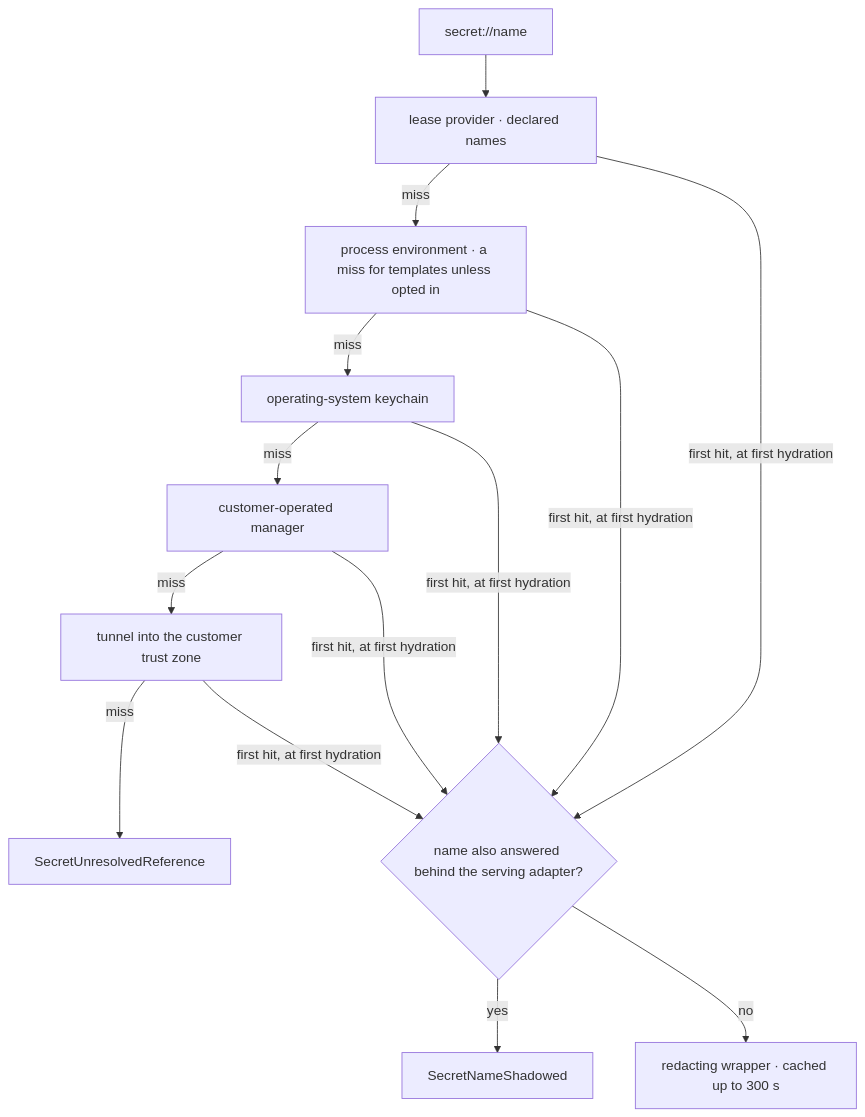
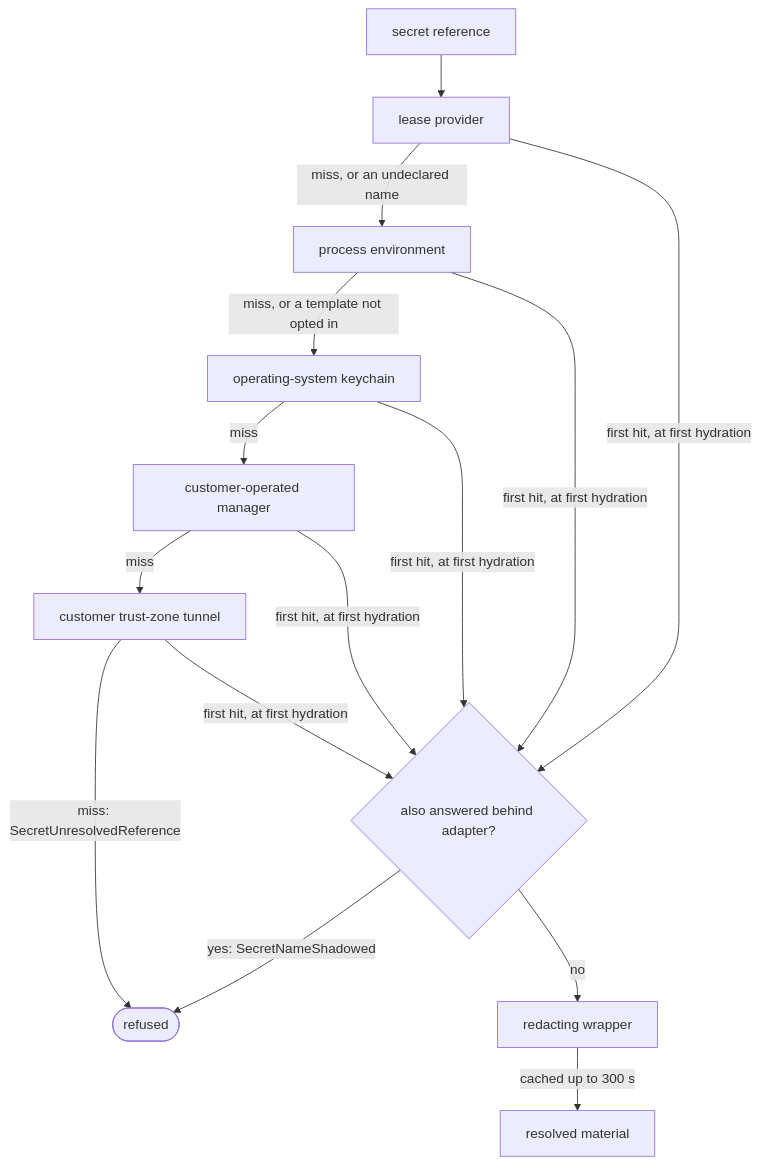
Before and after one commit to fractalboxdev/contextful: the second of 3 diagrams in spec/41-secrets.md, drawn with Mermaid. The commit also changed other lines of this file and 24 other files, not shown here.

First line of the commit message:
spec: every flowchart draws one entity or process per node

````diff
--- a/spec/41-secrets.md
+++ b/spec/41-secrets.md
@@ -103,12 +103,13 @@
 ```mermaid
 flowchart TD
-  REF["secret://name"] --> L["lease provider · declared names"]
-  L -->|miss| E["process environment · a miss for templates unless opted in"]
-  E -->|miss| K["operating-system keychain"]
+  REF["secret reference"] --> L["lease provider"]
+  L -->|"miss, or an undeclared name"| E["process environment"]
+  E -->|"miss, or a template not opted in"| K["operating-system keychain"]
   K -->|miss| M["customer-operated manager"]
-  M -->|miss| T["tunnel into the customer trust zone"]
-  T -->|miss| U["SecretUnresolvedReference"]
-  L & E & K & M & T -->|"first hit, at first hydration"| SH{"name also answered behind the serving adapter?"}
-  SH -->|yes| X["SecretNameShadowed"]
-  SH -->|no| W["redacting wrapper · cached up to 300 s"]
+  M -->|miss| T["customer trust-zone tunnel"]
+  T -->|"miss: SecretUnresolvedReference"| U(["refused"])
+  L & E & K & M & T -->|"first hit, at first hydration"| SH{"also answered behind adapter?"}
+  SH -->|"yes: SecretNameShadowed"| U
+  SH -->|no| W["redacting wrapper"]
+  W -->|"cached up to 300 s"| C["resolved material"]
 ```
````
